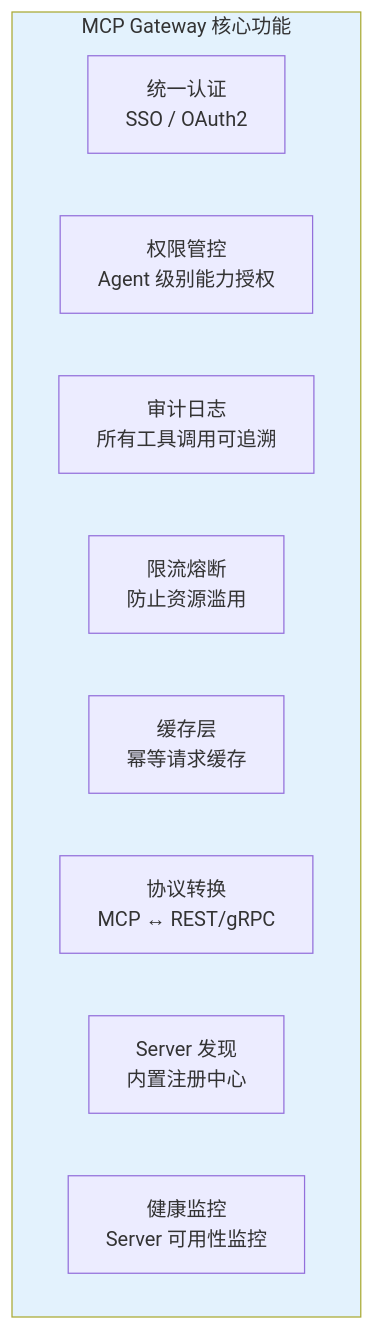
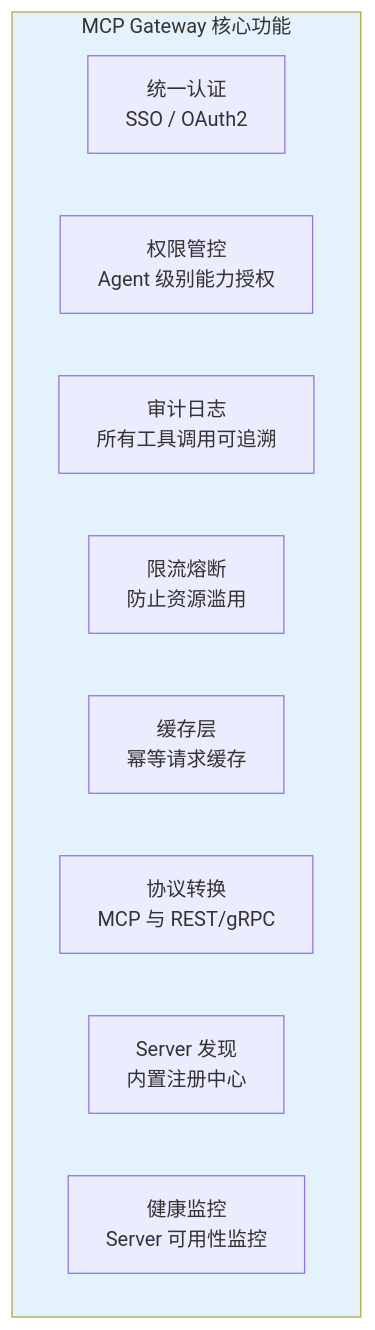
Diagram 13 of 21 in docs/前沿/04-MCP生态全景.md (UranusGit/java-agent-learn), drawn with Mermaid before and after one commit. The commit also changed other lines of this file and 4 other files, not shown here.

````diff
--- a/docs/前沿/04-MCP生态全景.md
+++ b/docs/前沿/04-MCP生态全景.md
@@ -261,15 +468,15 @@
 ```mermaid
 graph TB
     subgraph Gateway功能["MCP Gateway 核心功能"]
         F1["统一认证<br/>SSO / OAuth2"]
         F2["权限管控<br/>Agent 级别能力授权"]
         F3["审计日志<br/>所有工具调用可追溯"]
         F4["限流熔断<br/>防止资源滥用"]
         F5["缓存层<br/>幂等请求缓存"]
-        F6["协议转换<br/>MCP ↔ REST/gRPC"]
+        F6["协议转换<br/>MCP 与 REST/gRPC"]
         F7["Server 发现<br/>内置注册中心"]
         F8["健康监控<br/>Server 可用性监控"]
     end
 
     style Gateway功能 fill:#e3f2fd
 ```
````
